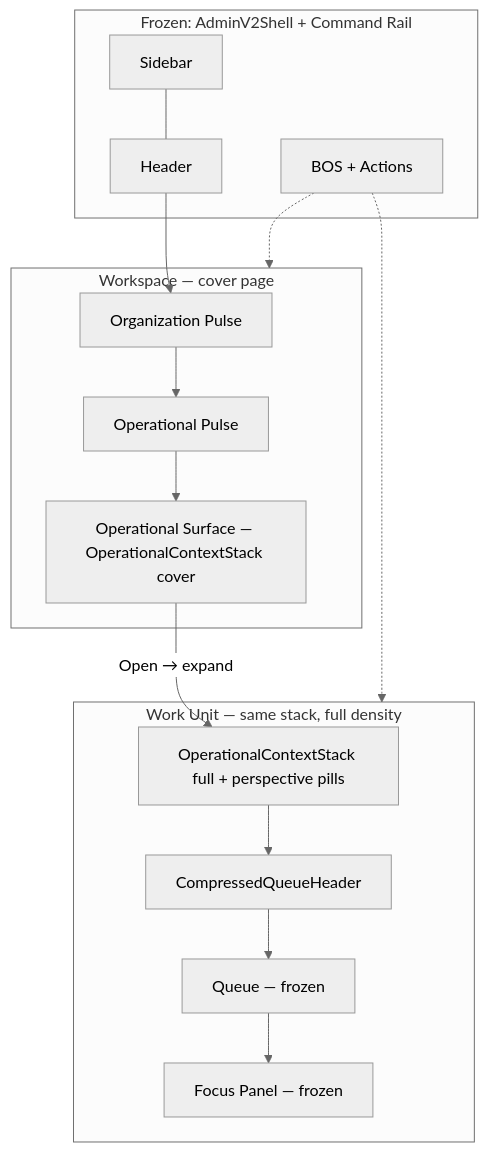
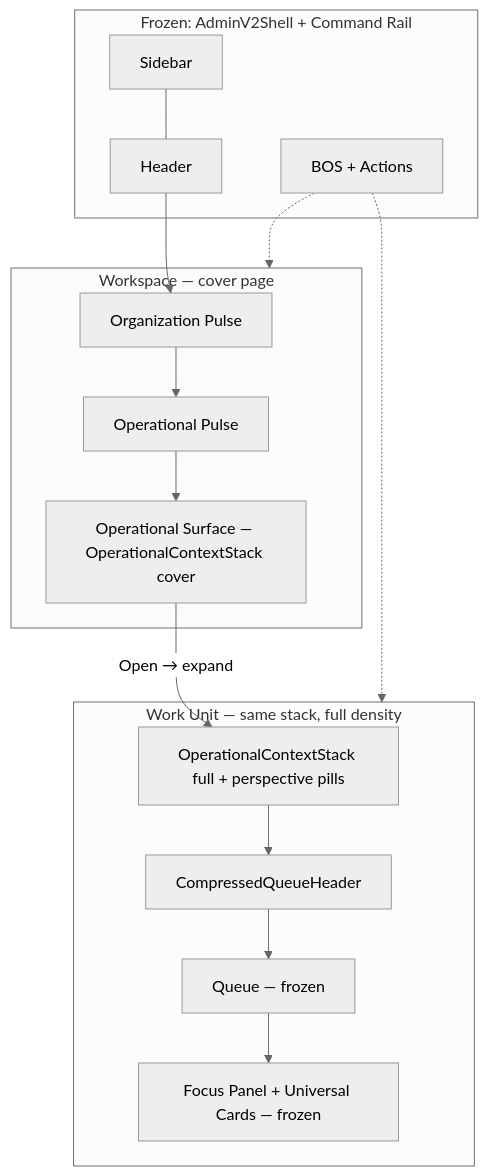
One commit to ksquared-16/alloy changed the diagram in docs/sprints/06_2026/workspace-v3-operational-command-center/sprint-4-ux-continuity.md. Above: the diagram before and after it, drawn with Mermaid (neutral theme). The commit also changed other lines of this file and 29 other files, not shown here.

````diff
--- a/docs/sprints/06_2026/workspace-v3-operational-command-center/sprint-4-ux-continuity.md
+++ b/docs/sprints/06_2026/workspace-v3-operational-command-center/sprint-4-ux-continuity.md
@@ -256,28 +241,28 @@
 ```mermaid
 flowchart TB
     subgraph shell["Frozen: AdminV2Shell + Command Rail"]
         SB[Sidebar]
         HDR[Header]
         RAIL[BOS + Actions]
     end
 
     subgraph ws["Workspace — cover page"]
         Z1[Organization Pulse]
         Z2[Operational Pulse]
         OS["Operational Surface — OperationalContextStack cover"]
     end
 
     subgraph wu["Work Unit — same stack, full density"]
         CTX["OperationalContextStack full + perspective pills"]
         QH[CompressedQueueHeader]
         Q[Queue — frozen]
-        FP[Focus Panel — frozen]
+        FP[Focus Panel + Universal Cards — frozen]
     end
 
     SB --- HDR
     HDR --> Z1 --> Z2 --> OS
     OS -->|"Open → expand"| CTX
     CTX --> QH --> Q --> FP
     RAIL -.-> ws
     RAIL -.-> wu
 ```
````
